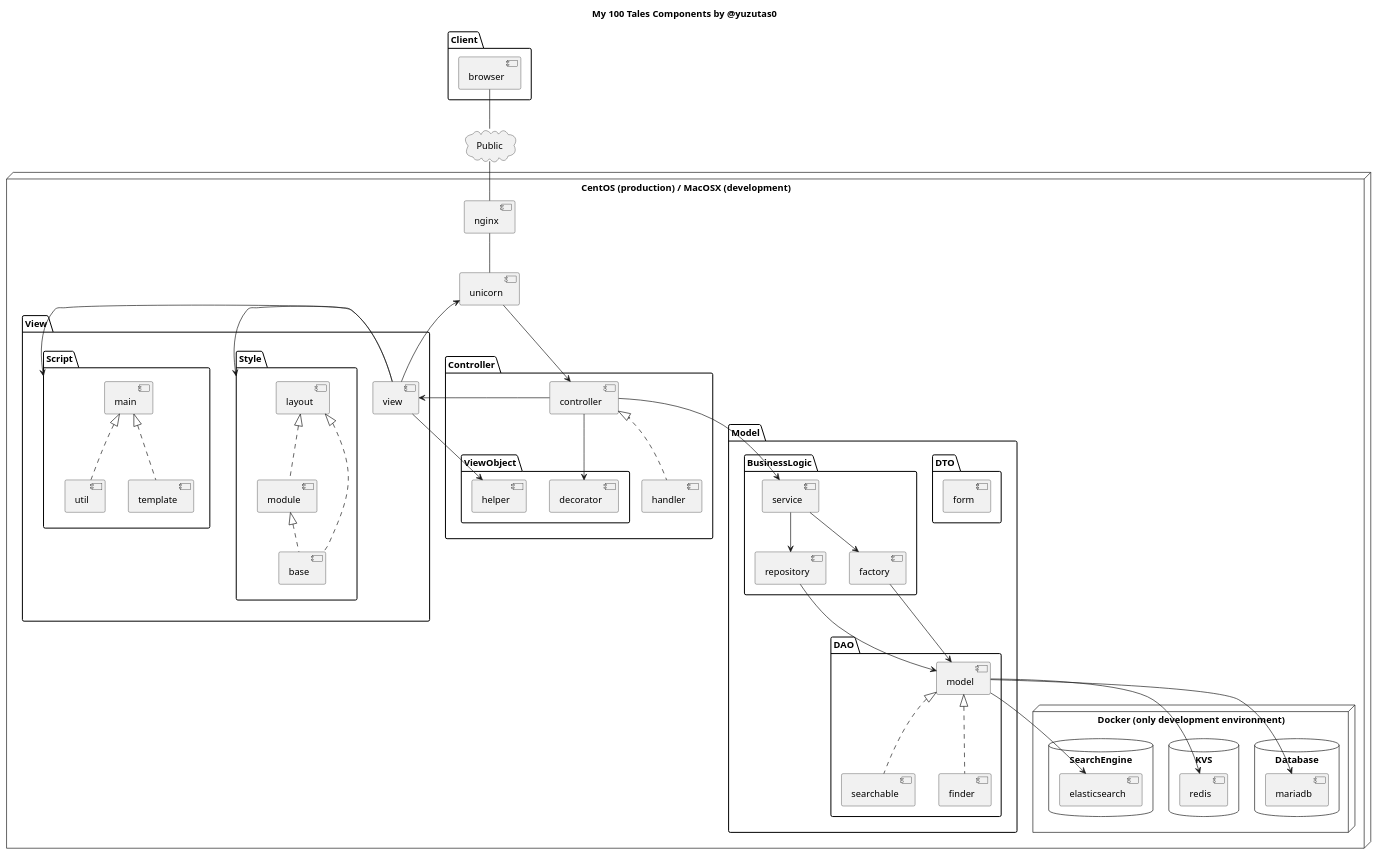
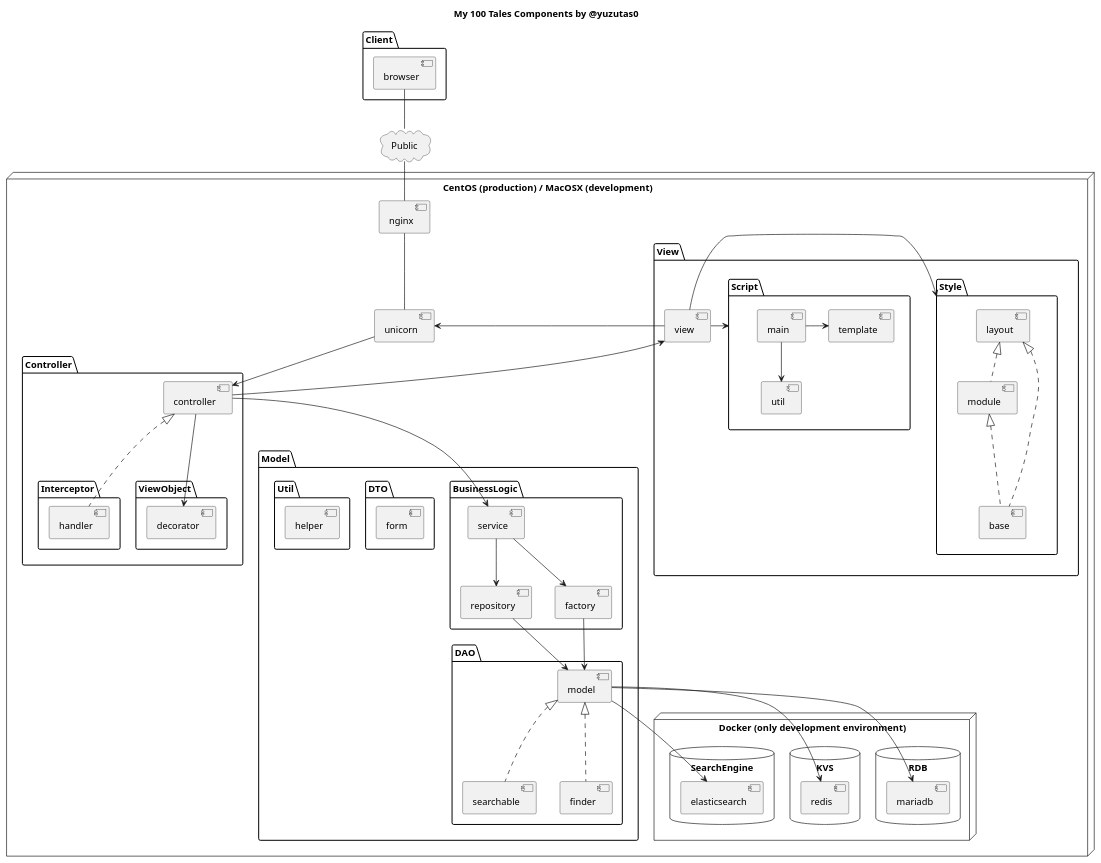
One commit to yuzutas0/my100tales changed the diagram in docs/components.puml. Above: the diagram before and after it, drawn with PlantUML. The commit also changed 1 other file, not shown here.

```diff
--- a/docs/components.puml
+++ b/docs/components.puml
@@ -9,82 +9,88 @@
 @startuml
 
 title My 100 Tales Components by @yuzutas0
 
 package "Client" {
   [browser]
 }
 
 cloud Public {
   browser -- Public
 }
 
 node "CentOS (production) / MacOSX (development)" {
   Public -- [nginx]
   nginx -- [unicorn]
 
   package "View" {
     [view] -> unicorn
 
     package "Style" {
       view -> Style
       [layout] <|.. [module]
       layout <|.. [base]
       module <|.. base
     }
 
     package "Script" {
       view -> Script
-      [main] <|.. [util]
-      [main] <|.. [template]
+      [main] --> [util]
+      [main] -> [template]
     }
   }
 
   package "Controller" {
     unicorn --> [controller]
     controller --> view
-    controller <|.. [handler]
+
+    package "Interceptor" {
+      controller <|.. [handler]
+    }
 
     package "ViewObject" {
-      view --> [helper]
       controller --> [decorator]
     }
   }
 
   package "Model" {
-
-    package "DTO" {
-      [form]
-    }
 
     package "BusinessLogic" {
       controller --> [service]
       service --> [repository]
       service --> [factory]
     }
 
     package "DAO" {
       [model]
       model <|.. [searchable]
       model <|.. [finder]
       factory --> model
       repository --> model
     }
+
+    package "DTO" {
+      [form]
+    }
+
+    package "Util" {
+      [helper]
+    }
   }
 
   node "Docker (only development environment)" {
 
-    database "Database" {
+    database "RDB" {
       model --> [mariadb]
     }
 
     database "KVS" {
       model --> [redis]
     }
 
     database "SearchEngine" {
       model --> [elasticsearch]
     }
   }
 }
 
 @enduml
```
